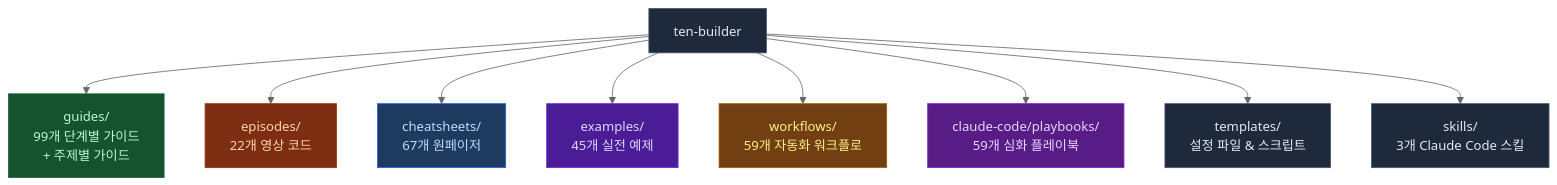
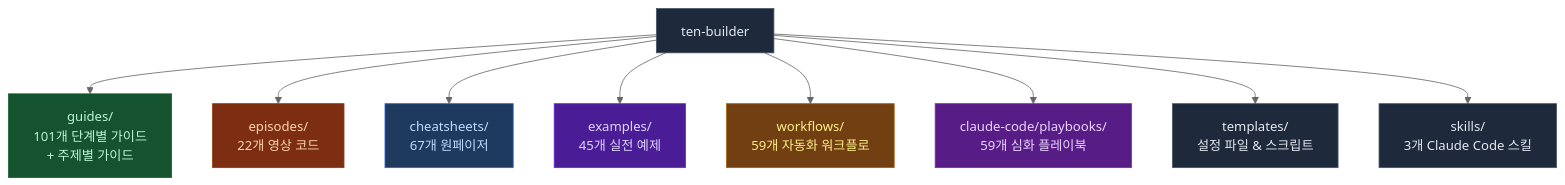
Before and after one commit to ten-builder/ten-builder: the first of 2 diagrams in README.md, drawn with Mermaid (neutral theme). The commit also changed other lines of this file, not shown here.

Commit message:
docs: README sync -- add guides 100-101, update count to 101

````diff
--- a/README.md
+++ b/README.md
@@ -23,21 +23,21 @@
 ```mermaid
 flowchart TD
-    R["ten-builder"] --> G["guides/\n99개 단계별 가이드\n+ 주제별 가이드"]
+    R["ten-builder"] --> G["guides/\n101개 단계별 가이드\n+ 주제별 가이드"]
     R --> E["episodes/\n22개 영상 코드"]
     R --> C["cheatsheets/\n67개 원페이저"]
     R --> EX["examples/\n45개 실전 예제"]
     R --> W["workflows/\n59개 자동화 워크플로"]
     R --> P["claude-code/playbooks/\n59개 심화 플레이북"]
     R --> T["templates/\n설정 파일 & 스크립트"]
     R --> S["skills/\n3개 Claude Code 스킬"]
 
     style R fill:#1e293b,stroke:#475569,color:#e2e8f0
     style G fill:#14532d,stroke:#166534,color:#bbf7d0
     style E fill:#7c2d12,stroke:#9a3412,color:#fed7aa
     style C fill:#1e3a5f,stroke:#2563eb,color:#bfdbfe
     style EX fill:#4a1d96,stroke:#6d28d9,color:#ddd6fe
     style W fill:#713f12,stroke:#a16207,color:#fef08a
     style P fill:#581c87,stroke:#7e22ce,color:#e9d5ff
     style T fill:#1e293b,stroke:#475569,color:#e2e8f0
     style S fill:#1e293b,stroke:#475569,color:#e2e8f0
 ```
````
